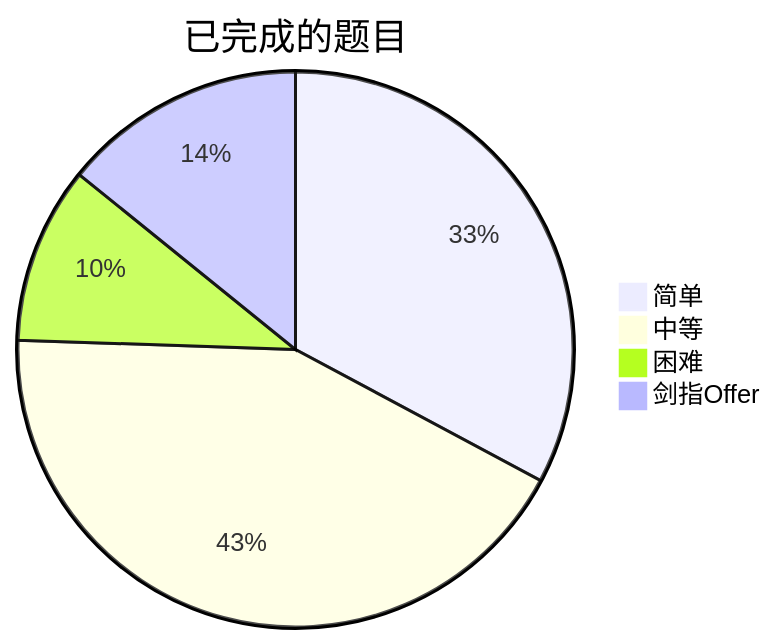
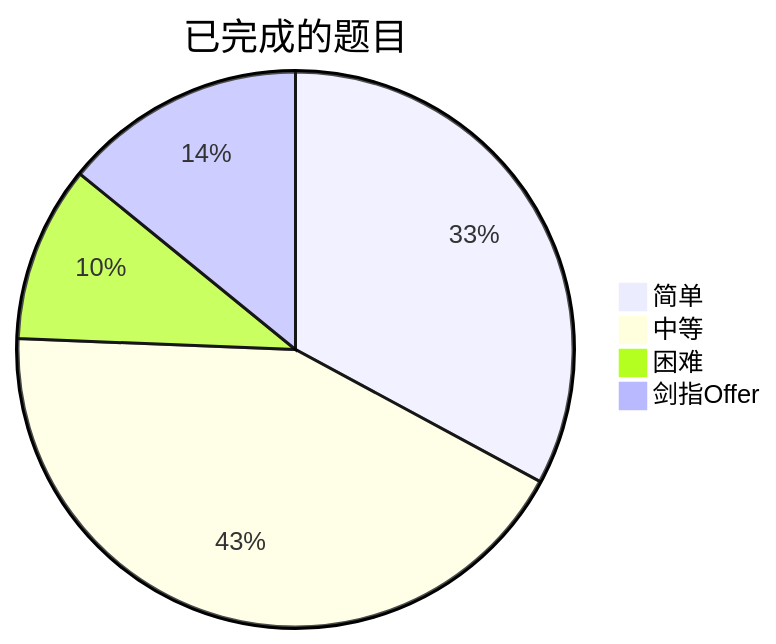
Before and after one commit to kaisa911/LeetCode: the diagram in README.md, drawn with Mermaid. The commit also changed other lines of this file and 9 other files, not shown here.

````diff
--- a/README.md
+++ b/README.md
@@ -9,7 +9,7 @@
 ```mermaid
 pie title 已完成的题目
-    "简单" : 169
-    "中等" : 220
+    "简单" : 170
+    "中等" : 221
     "困难" : 53
     "剑指Offer" : 73
 ```
````
